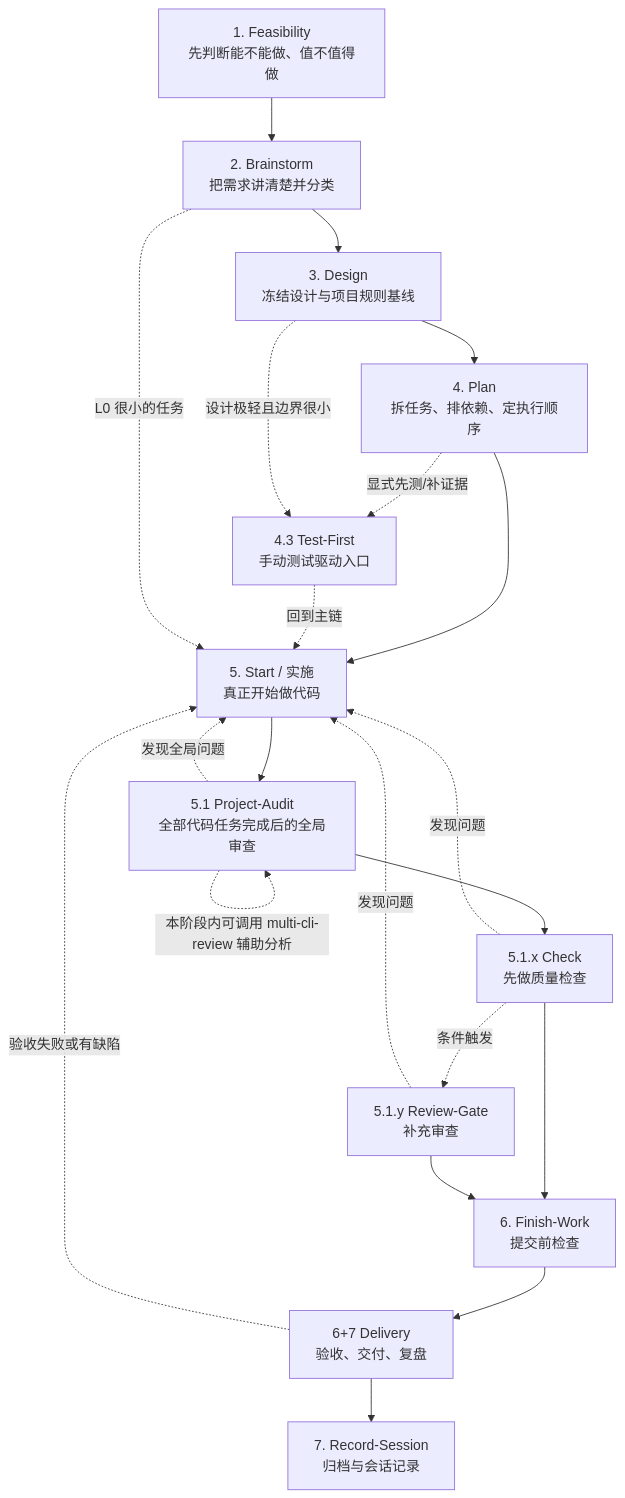
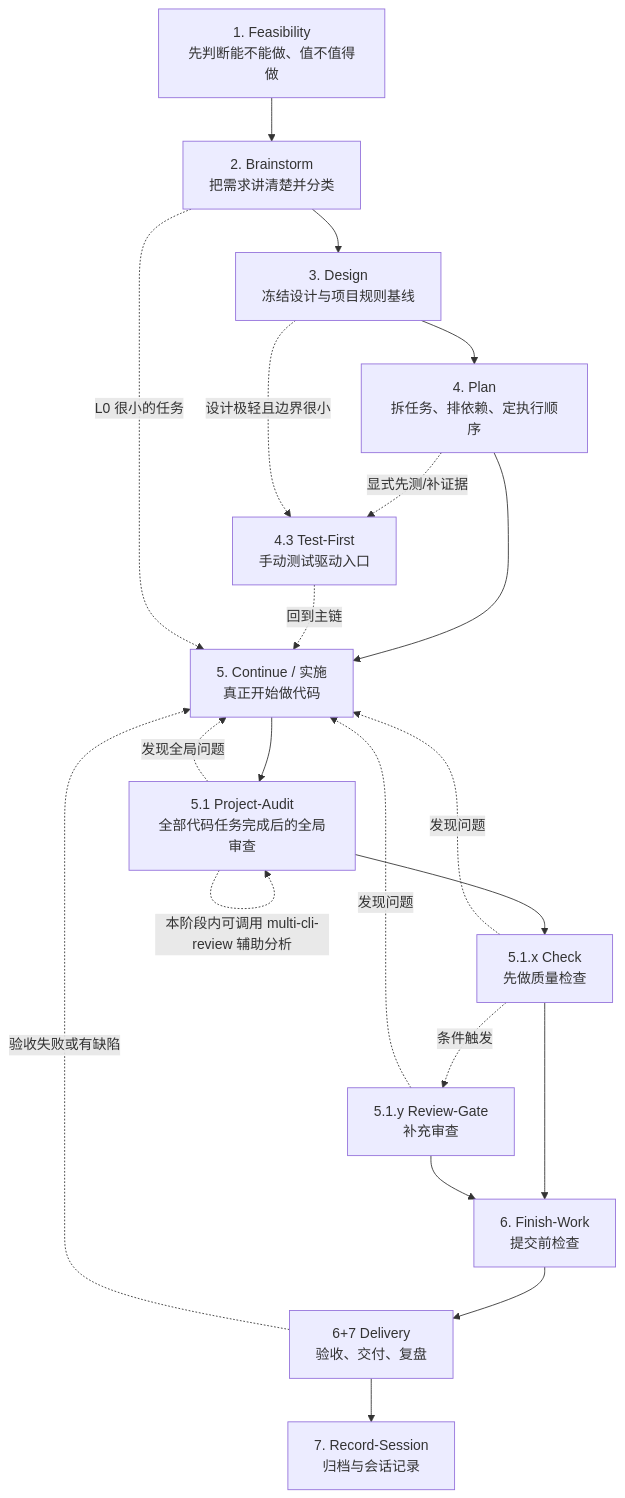
Before and after one commit to StarForAll/ai-coding-toolkit: the diagram in docs/workflows/新项目开发工作流/工作流全局流转说明（通俗版）.md, drawn with Mermaid. The commit also changed other lines of this file and 37 other files, not shown here.

````diff
--- a/docs/workflows/新项目开发工作流/工作流全局流转说明（通俗版）.md
+++ b/docs/workflows/新项目开发工作流/工作流全局流转说明（通俗版）.md
@@ -60,24 +60,24 @@
 ```mermaid
 flowchart TD
     A[1. Feasibility<br/>先判断能不能做、值不值得做] --> B[2. Brainstorm<br/>把需求讲清楚并分类]
     B --> C[3. Design<br/>冻结设计与项目规则基线]
     C --> D[4. Plan<br/>拆任务、排依赖、定执行顺序]
-    D --> F[5. Start / 实施<br/>真正开始做代码]
+    D --> F[5. Continue / 实施<br/>真正开始做代码]
     D -. 显式先测/补证据 .-> E[4.3 Test-First<br/>手动测试驱动入口]
     E -. 回到主链 .-> F
     F --> G[5.1 Project-Audit<br/>全部代码任务完成后的全局审查]
     G --> H[5.1.x Check<br/>先做质量检查]
     H --> J[6. Finish-Work<br/>提交前检查]
     H -. 条件触发 .-> I[5.1.y Review-Gate<br/>补充审查]
     I --> J
     J --> K[6+7 Delivery<br/>验收、交付、复盘]
     K --> L[7. Record-Session<br/>归档与会话记录]
 
     B -. L0 很小的任务 .-> F
     C -. 设计极轻且边界很小 .-> E
     G -. 发现全局问题 .-> F
     G -. 本阶段内可调用 multi-cli-review 辅助分析 .-> G
     H -. 发现问题 .-> F
     I -. 发现问题 .-> F
     K -. 验收失败或有缺陷 .-> F
 ```
````
